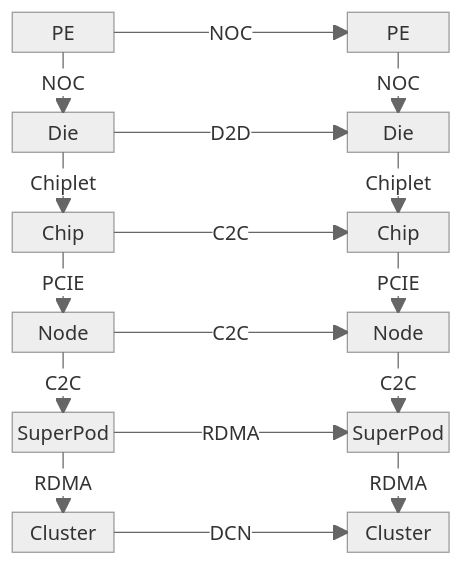
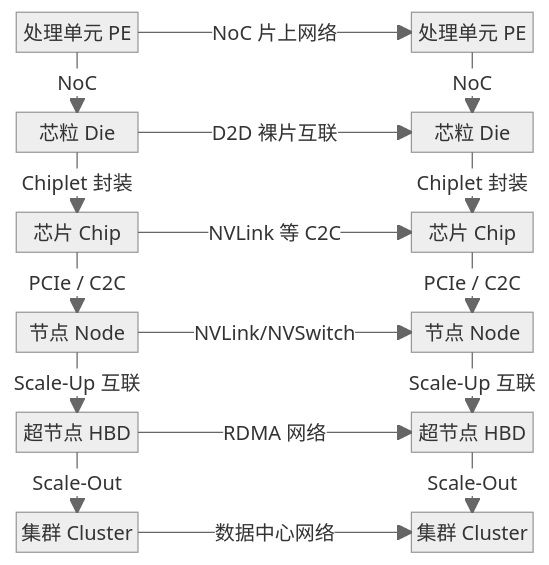
The diagram in src/01-architecture/index.md (DeepLink-org/superpod-whitepaper), drawn with Mermaid (neutral theme) before and after one commit. The commit also changed other lines of this file and 16 other files, not shown here.

````diff
--- a/src/01-architecture/index.md
+++ b/src/01-architecture/index.md
@@ -261,33 +245,34 @@
 ```mermaid
 block-beta
     columns 4
-    PE0["PE"] space:2 PE1["PE"]
+
+    PE0["处理单元 PE"] space:2 PE1["处理单元 PE"]
     space:4
-    Die0["Die"] space:2 Die1["Die"]
+    Die0["芯粒 Die"] space:2 Die1["芯粒 Die"]
     space:4
-    Chip0["Chip"] space:2 Chip1["Chip"]
+    Chip0["芯片 Chip"] space:2 Chip1["芯片 Chip"]
     space:4
-    Node0["Node"] space:2 Node1["Node"]
+    Node0["节点 Node"] space:2 Node1["节点 Node"]
     space:4
-    Pod0["SuperPod"] space:2 Pod1["SuperPod"]
+    Pod0["超节点 HBD"] space:2 Pod1["超节点 HBD"]
     space:4
-    Cluster0["Cluster"] space:2 Cluster1["Cluster"]
+    Cluster0["集群 Cluster"] space:2 Cluster1["集群 Cluster"]
 
-    PE0<-- "NOC" -->PE1
-    Die0<-- "D2D" -->Die1
-    Chip0<-- "C2C" -->Chip1
-    Node0<-- "C2C" -->Node1
-    Pod0<-- "RDMA" -->Pod1
-    Cluster0<-- "DCN" -->Cluster1
+    PE0<-- "NoC 片上网络" -->PE1
+    Die0<-- "D2D 裸片互联" -->Die1
+    Chip0<-- "NVLink 等 C2C" -->Chip1
+    Node0<-- "NVLink/NVSwitch" -->Node1
+    Pod0<-- "RDMA 网络" -->Pod1
+    Cluster0<-- "数据中心网络" -->Cluster1
 
-    PE0-- "NOC" -->Die0
-    PE1-- "NOC" -->Die1
-    Die0-- "Chiplet" -->Chip0
-    Die1-- "Chiplet" -->Chip1
-    Chip0-- "PCIE" -->Node0
-    Chip1-- "PCIE" -->Node1
-    Node0-- "C2C" -->Pod0
-    Node1-- "C2C" -->Pod1
-    Pod0-- "RDMA" -->Cluster0
-    Pod1-- "RDMA" -->Cluster1
+    PE0-- "NoC" -->Die0
+    PE1-- "NoC" -->Die1
+    Die0-- "Chiplet 封装" -->Chip0
+    Die1-- "Chiplet 封装" -->Chip1
+    Chip0-- "PCIe / C2C" -->Node0
+    Chip1-- "PCIe / C2C" -->Node1
+    Node0-- "Scale-Up 互联" -->Pod0
+    Node1-- "Scale-Up 互联" -->Pod1
+    Pod0-- "Scale-Out" -->Cluster0
+    Pod1-- "Scale-Out" -->Cluster1
 ```
````
